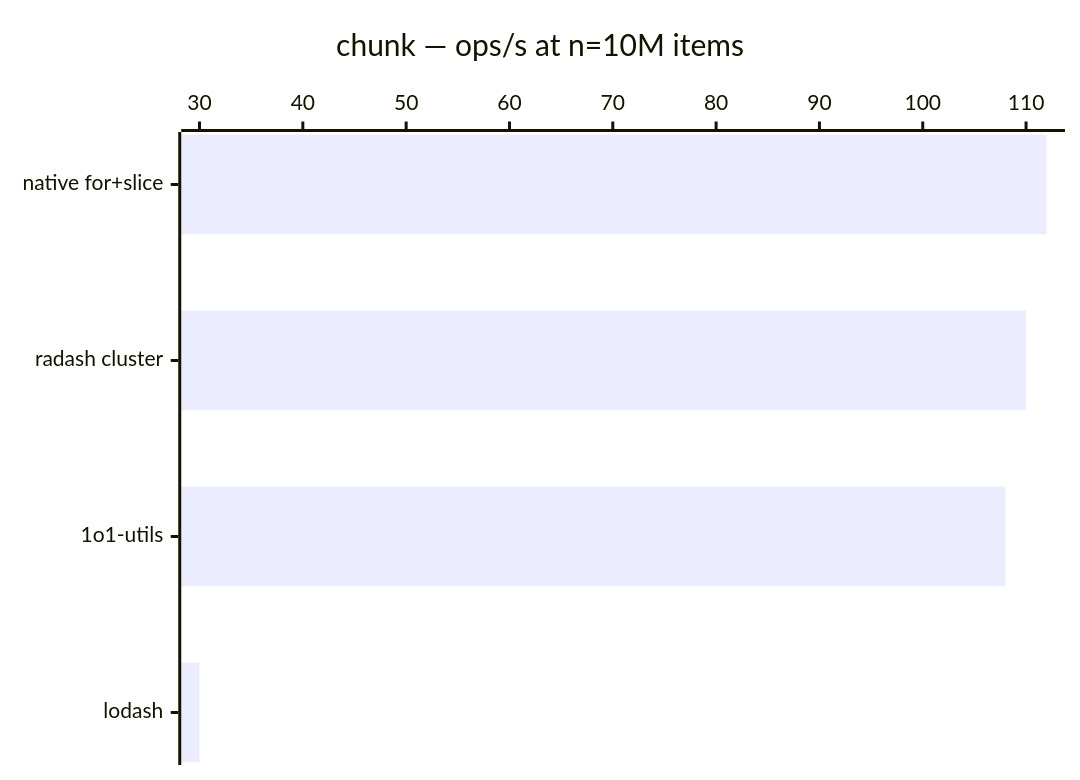
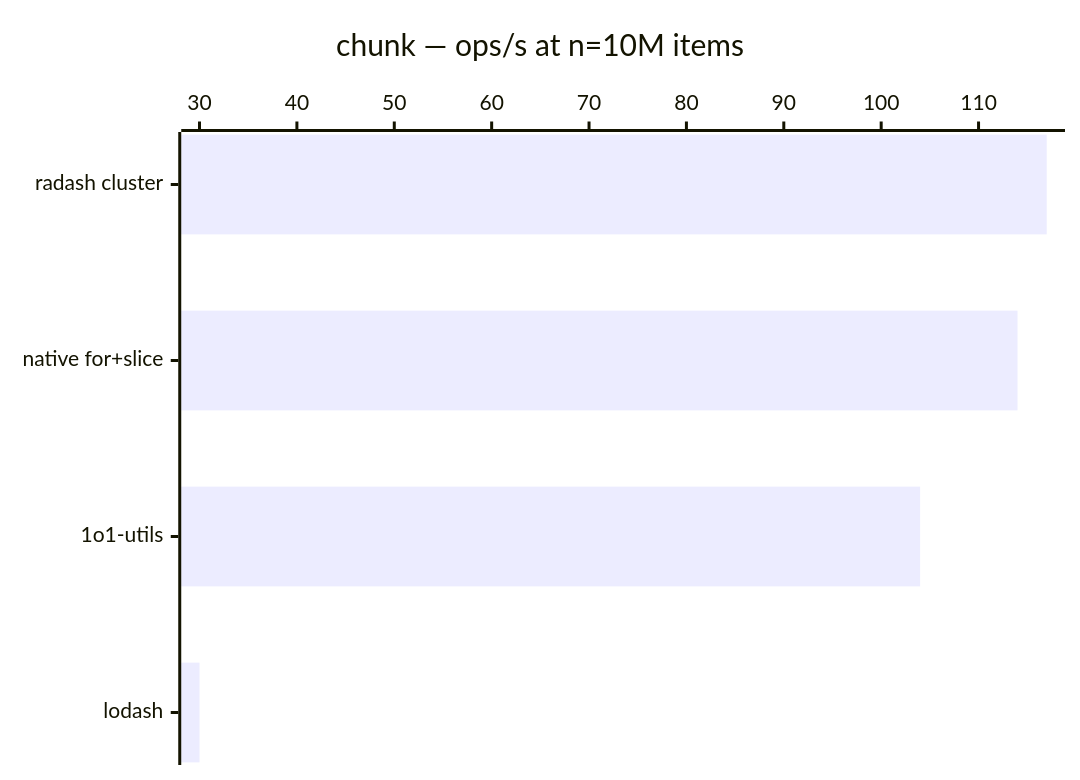
Before and after one commit to pedrotroccoli/1o1-utils: the diagram in benchmarks/chunk.md, drawn with Mermaid. The commit also changed other lines of this file and 5 other files, not shown here.

````diff
--- a/benchmarks/chunk.md
+++ b/benchmarks/chunk.md
@@ -17,6 +17,6 @@
 ```mermaid
 xychart-beta horizontal
   title "chunk — ops/s at n=10M items"
-  x-axis ["native for+slice", "radash cluster", "1o1-utils", "lodash"]
-  bar [112, 110, 108, 30]
+  x-axis ["radash cluster", "native for+slice", "1o1-utils", "lodash"]
+  bar [117, 114, 104, 30]
 ```
````
